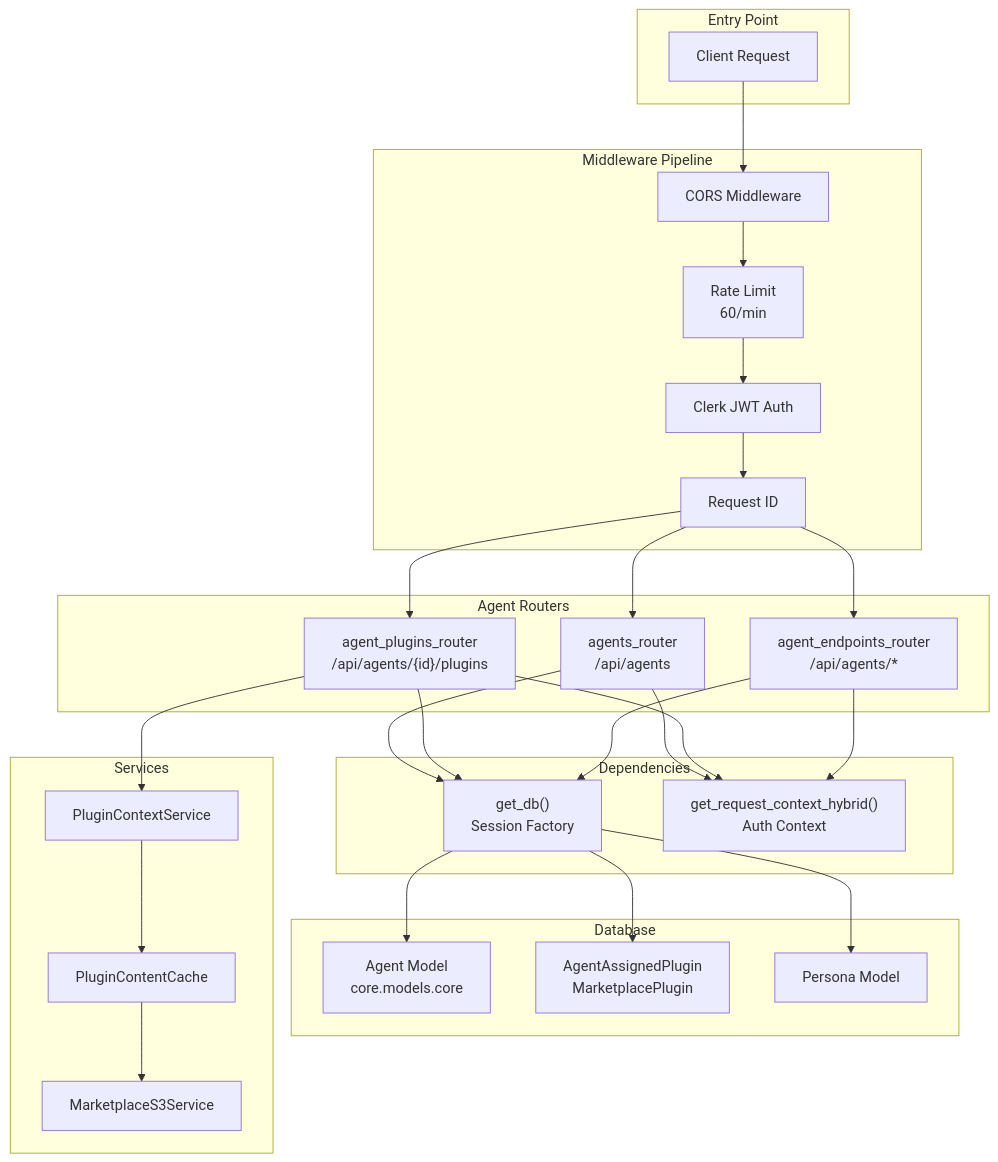
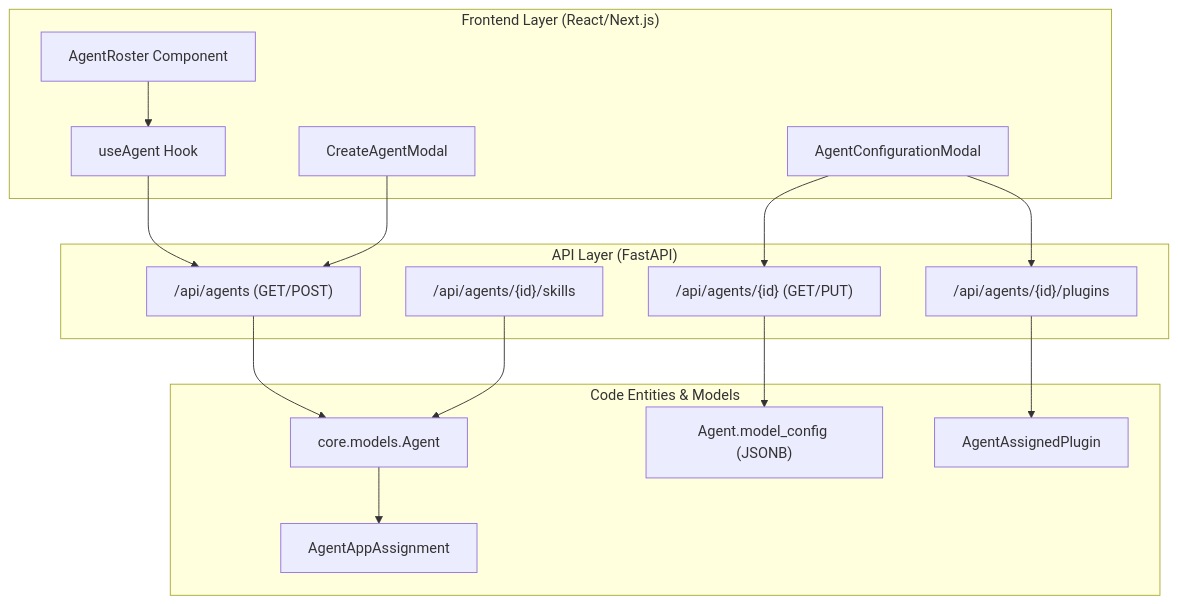
Before and after one commit to AutomatosAI/automatos-ai: the first of 2 diagrams in docs/agents/agent-api-reference.md, drawn with Mermaid. The commit also changed other lines of this file and 149 other files, not shown here.

Commit message:
docs: refresh documentation with graphify semantic scan

````diff
--- a/docs/agents/agent-api-reference.md
+++ b/docs/agents/agent-api-reference.md
@@ -59,60 +71,35 @@
 ```mermaid
 graph TB
-    subgraph "Entry Point"
-        Client["Client Request"]
+    subgraph "Frontend Layer (React/Next.js)"
+        UI_Roster["AgentRoster Component"]
+        UI_Config["AgentConfigurationModal"]
+        UI_Create["CreateAgentModal"]
+        Hook_Agent["useAgent Hook"]
     end
     
-    subgraph "Middleware Pipeline"
-        CORS["CORS Middleware"]
-        RateLimit["Rate Limit<br/>60/min"]
-        Auth["Clerk JWT Auth"]
-        ReqID["Request ID"]
+    subgraph "API Layer (FastAPI)"
+        R_Agents["/api/agents (GET/POST)"]
+        R_Config["/api/agents/{id} (GET/PUT)"]
+        R_Plugins["/api/agents/{id}/plugins"]
+        R_Skills["/api/agents/{id}/skills"]
     end
     
-    subgraph "Agent Routers"
-        AgentsRouter["agents_router<br/>/api/agents"]
-        PluginsRouter["agent_plugins_router<br/>/api/agents/{id}/plugins"]
-        EndpointsRouter["agent_endpoints_router<br/>/api/agents/*"]
+    subgraph "Code Entities & Models"
+        M_Agent["core.models.Agent"]
+        M_ModelCfg["Agent.model_config (JSONB)"]
+        M_AppAssign["AgentAppAssignment"]
+        M_AssignedPlugin["AgentAssignedPlugin"]
     end
+
+    UI_Roster --> Hook_Agent
+    Hook_Agent --> R_Agents
+    UI_Config --> R_Config
+    UI_Config --> R_Plugins
+    UI_Create --> R_Agents
     
-    subgraph "Dependencies"
-        GetDB["get_db()<br/>Session Factory"]
-        GetCtx["get_request_context_hybrid()<br/>Auth Context"]
-    end
-    
-    subgraph "Database"
-        AgentModel["Agent Model<br/>core.models.core"]
-        PluginModels["AgentAssignedPlugin<br/>MarketplacePlugin"]
-        PersonaModel["Persona Model"]
-    end
-    
-    subgraph "Services"
-        PluginSvc["PluginContextService"]
-        PluginCache["PluginContentCache"]
-        S3Svc["MarketplaceS3Service"]
-    end
-    
-    Client --> CORS
-    CORS --> RateLimit
-    RateLimit --> Auth
-    Auth --> ReqID
-    
-    ReqID --> AgentsRouter
-    ReqID --> PluginsRouter
-    ReqID --> EndpointsRouter
-    
-    AgentsRouter --> GetDB
-    AgentsRouter --> GetCtx
-    PluginsRouter --> GetDB
-    PluginsRouter --> GetCtx
-    EndpointsRouter --> GetDB
-    EndpointsRouter --> GetCtx
-    
-    GetDB --> AgentModel
-    GetDB --> PluginModels
-    GetDB --> PersonaModel
-    
-    PluginsRouter --> PluginSvc
-    PluginSvc --> PluginCache
-    PluginCache --> S3Svc
+    R_Agents --> M_Agent
+    R_Config --> M_ModelCfg
+    R_Plugins --> M_AssignedPlugin
+    R_Skills --> M_Agent
+    M_Agent --> M_AppAssign
 ```
````
